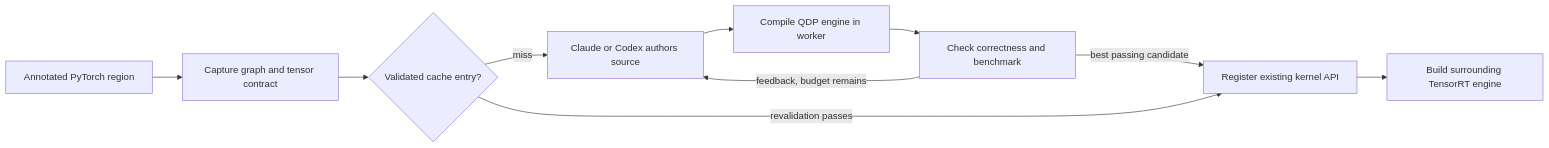
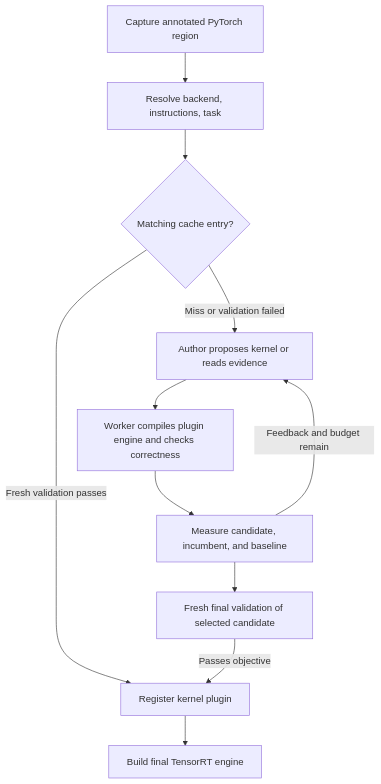
One commit to pytorch/TensorRT changed the diagram in Agentic region kernel generation.md. Above: the diagram before and after it, drawn with Mermaid. The commit also changed other lines of this file and 27 other files, not shown here.

Commit message:
feat: make agentic region kernel generation extensible

````diff
--- a/Agentic region kernel generation.md
+++ b/Agentic region kernel generation.md
@@ -87,12 +80,13 @@
 ```mermaid
-flowchart LR
-    A[Annotated PyTorch region] --> B[Capture graph and tensor contract]
-    B --> C{Validated cache entry?}
-    C -->|miss| D[Claude or Codex authors source]
-    D --> E[Compile QDP engine in worker]
-    E --> F[Check correctness and benchmark]
-    F -->|feedback, budget remains| D
-    F -->|best passing candidate| G[Register existing kernel API]
-    C -->|revalidation passes| G
-    G --> H[Build surrounding TensorRT engine]
+flowchart TD
+    A[Capture annotated PyTorch region] --> B[Resolve backend, instructions, task]
+    B --> C{Matching cache entry?}
+    C -->|Miss or validation failed| D[Author proposes kernel or reads evidence]
+    D --> E[Worker compiles plugin engine and checks correctness]
+    E --> F[Measure candidate, incumbent, and baseline]
+    F -->|Feedback and budget remain| D
+    F --> G[Fresh final validation of selected candidate]
+    C -->|Fresh validation passes| H[Register kernel plugin]
+    G -->|Passes objective| H
+    H --> I[Build final TensorRT engine]
 ```
````
